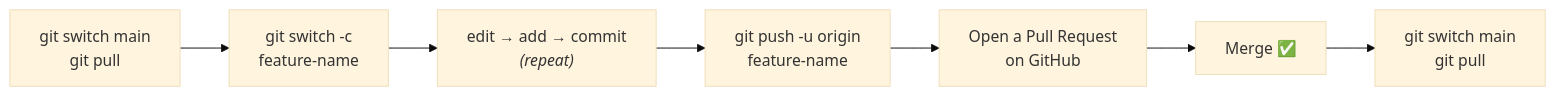
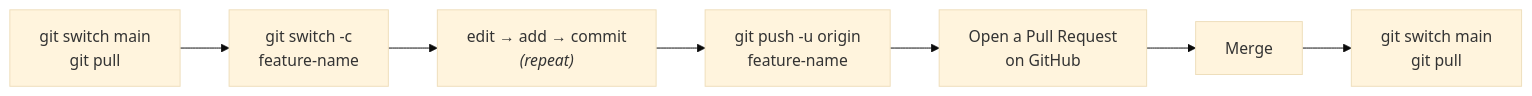
The second of 2 diagrams in info-vault/04-branches.md (anasp07-hue/Github-Guide), drawn with Mermaid (base theme) before and after one commit. The commit also changed other lines of this file and 7 other files, not shown here.

````diff
--- a/info-vault/04-branches.md
+++ b/info-vault/04-branches.md
@@ -52,9 +52,9 @@
 ```mermaid
 flowchart LR
     A["git switch main<br/>git pull"] --> B["git switch -c<br/>feature-name"]
     B --> C["edit → add → commit<br/><i>(repeat)</i>"]
     C --> D["git push -u origin<br/>feature-name"]
     D --> E["Open a Pull Request<br/>on GitHub"]
-    E --> F["Merge ✅"]
+    E --> F["Merge"]
     F --> G["git switch main<br/>git pull"]
 ```
````
